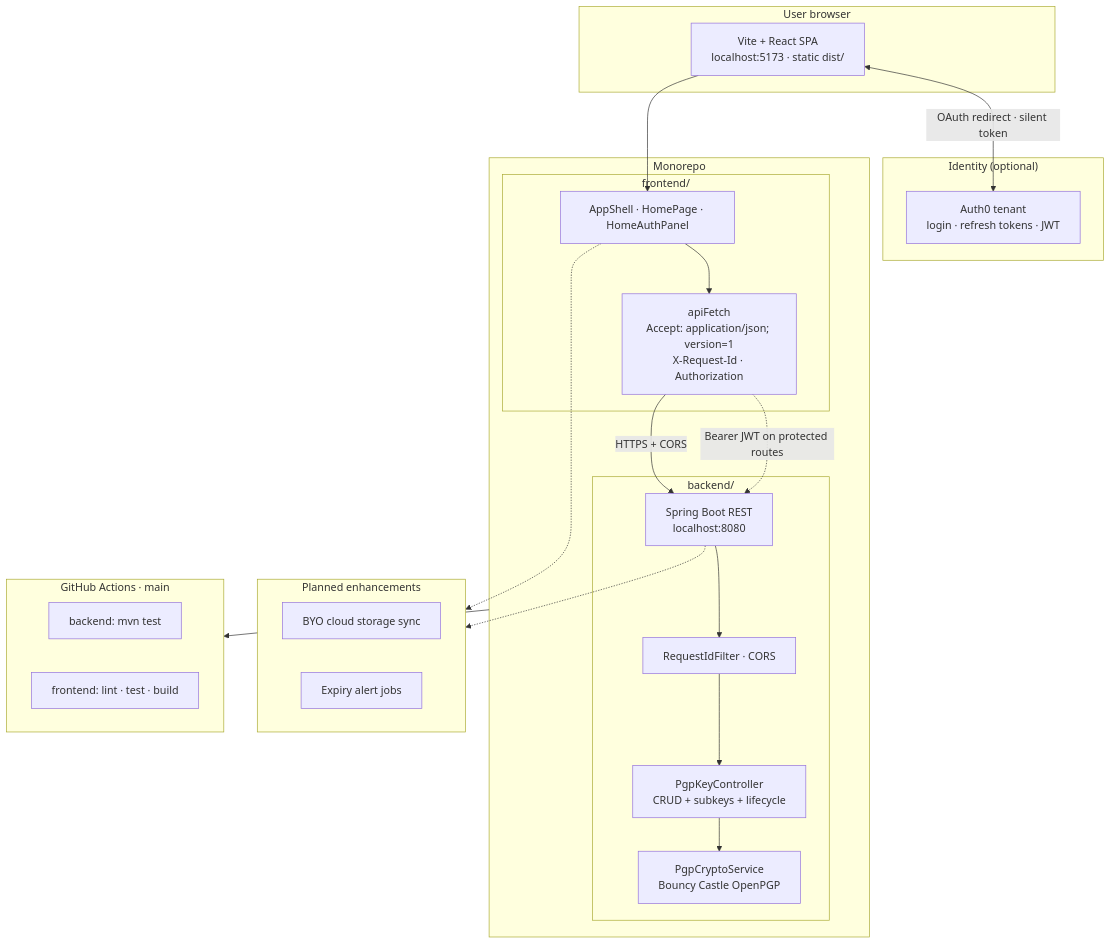
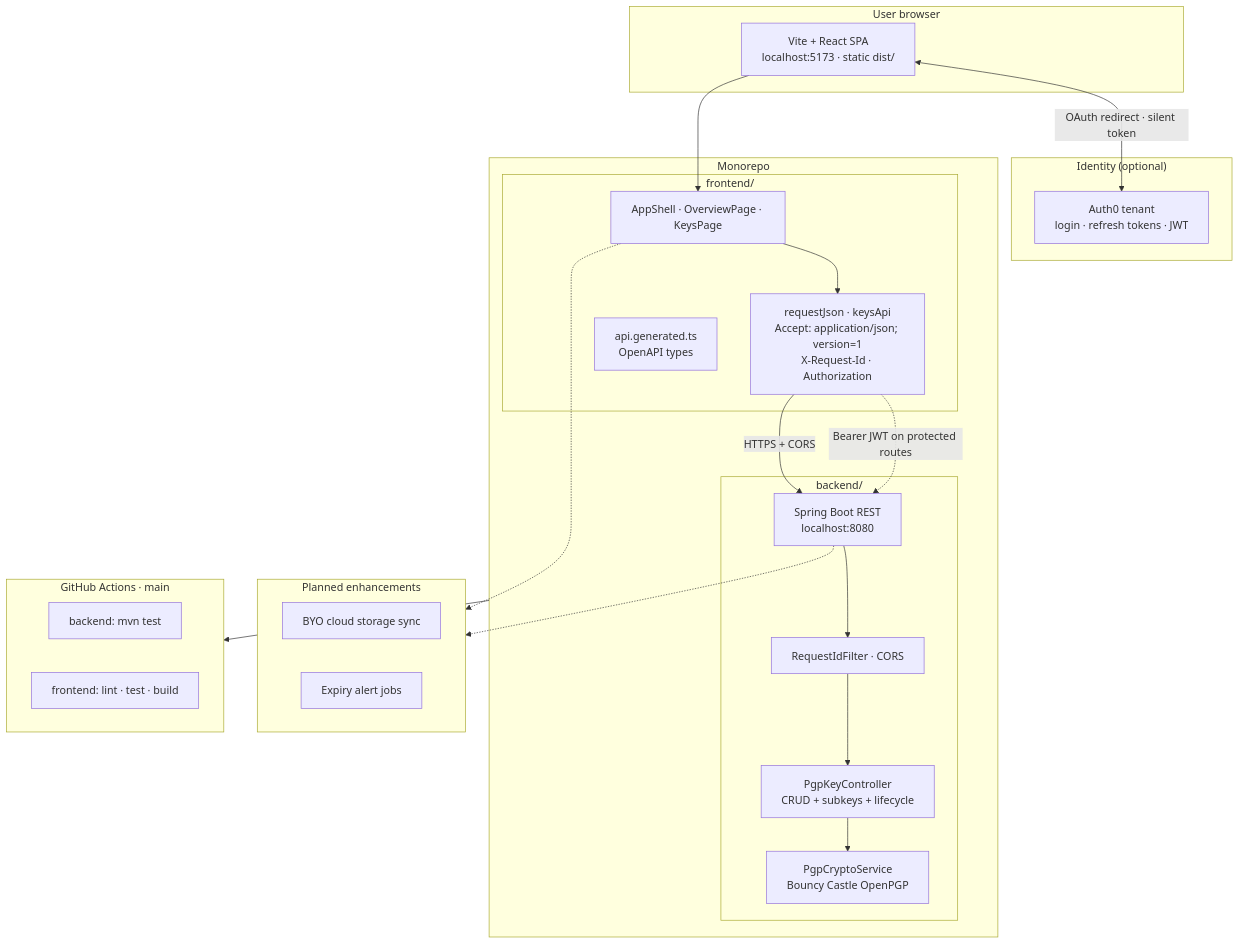
Before and after one commit to bbruneel/PGP-key-manager: the first of 4 diagrams in ARCHITECTURE.md, drawn with Mermaid. The commit also changed other lines of this file and 25 other files, not shown here.

First line of the commit message:
feat(frontend): Phase 0 API foundation (types, client, auth hook, routing)

````diff
--- a/ARCHITECTURE.md
+++ b/ARCHITECTURE.md
@@ -9,46 +9,47 @@
 ```mermaid
 flowchart TB
   subgraph User["User browser"]
     SPA["Vite + React SPA<br/>localhost:5173 · static dist/"]
   end
 
   subgraph Auth["Identity (optional)"]
     Auth0["Auth0 tenant<br/>login · refresh tokens · JWT"]
   end
 
   subgraph Repo["Monorepo"]
     subgraph FE["frontend/"]
-      UI["AppShell · HomePage · HomeAuthPanel"]
-      APIClient["apiFetch<br/>Accept: application/json; version=1<br/>X-Request-Id · Authorization"]
+      UI["AppShell · OverviewPage · KeysPage"]
+      APIClient["requestJson · keysApi<br/>Accept: application/json; version=1<br/>X-Request-Id · Authorization"]
+      Types["api.generated.ts<br/>OpenAPI types"]
     end
 
     subgraph BE["backend/"]
       API["Spring Boot REST<br/>localhost:8080"]
       Filters["RequestIdFilter · CORS"]
       Controllers["PgpKeyController<br/>CRUD + subkeys + lifecycle"]
       Crypto["PgpCryptoService<br/>Bouncy Castle OpenPGP"]
     end
   end
 
   subgraph Future["Planned enhancements"]
     Storage["BYO cloud storage sync"]
     Alerts["Expiry alert jobs"]
   end
 
   SPA --> UI
   UI --> APIClient
   APIClient -->|"HTTPS + CORS"| API
   SPA <-->|"OAuth redirect · silent token"| Auth0
   APIClient -.->|"Bearer JWT on protected routes"| API
   API --> Filters --> Controllers
   Controllers --> Crypto
   UI -.-> Future
   API -.-> Future
 
   subgraph CI["GitHub Actions · main"]
     BEJob["backend: mvn test"]
     FEJob["frontend: lint · test · build"]
   end
 
   Repo --> CI
 ```
````
